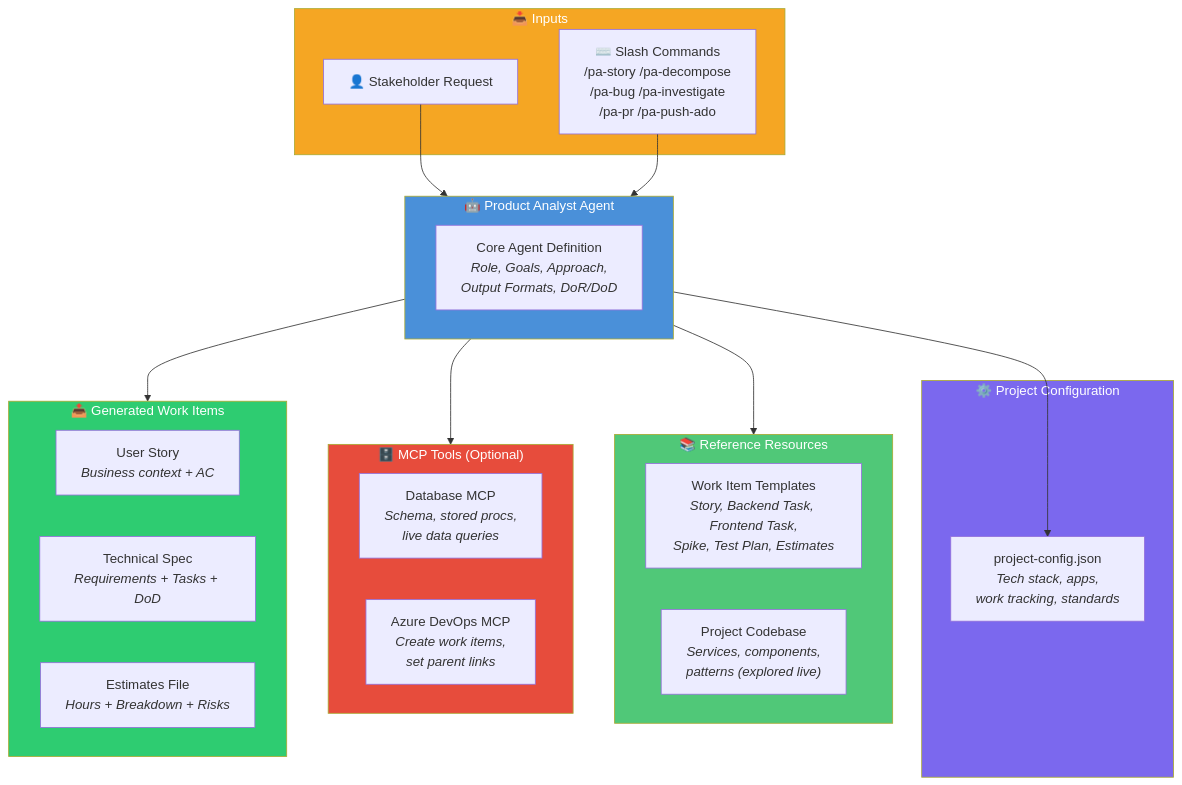
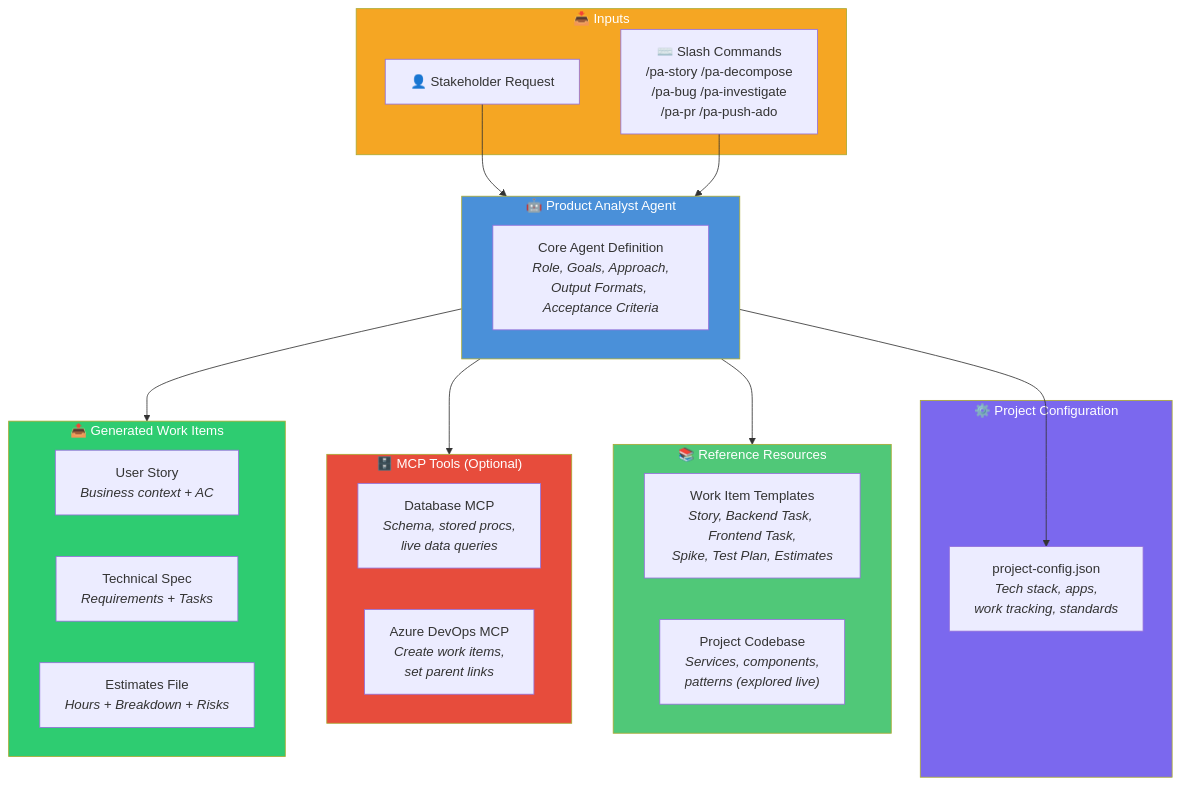
Before and after one commit to dnewton-brocksolutions/copilot-product-analyst: the first of 6 diagrams in documentation/PA-AGENT-DIAGRAMS.md, drawn with Mermaid. The commit also changed other lines of this file and 10 other files, not shown here.

````diff
--- a/documentation/PA-AGENT-DIAGRAMS.md
+++ b/documentation/PA-AGENT-DIAGRAMS.md
@@ -11,45 +11,45 @@
 ```mermaid
 graph TB
     subgraph Agent["🤖 Product Analyst Agent"]
-        Core["Core Agent Definition<br/><i>Role, Goals, Approach,<br/>Output Formats, DoR/DoD</i>"]
+        Core["Core Agent Definition<br/><i>Role, Goals, Approach,<br/>Output Formats, Acceptance Criteria</i>"]
     end
 
     subgraph Inputs["📥 Inputs"]
         Stakeholder["👤 Stakeholder Request"]
         Commands["⌨️ Slash Commands<br/>/pa-story /pa-decompose<br/>/pa-bug /pa-investigate<br/>/pa-pr /pa-push-ado"]
     end
 
     subgraph Config["⚙️ Project Configuration"]
         ProjConfig["project-config.json<br/><i>Tech stack, apps,<br/>work tracking, standards</i>"]
     end
 
     subgraph Resources["📚 Reference Resources"]
         Templates["Work Item Templates<br/><i>Story, Backend Task, Frontend Task,<br/>Spike, Test Plan, Estimates</i>"]
         Codebase["Project Codebase<br/><i>Services, components,<br/>patterns (explored live)</i>"]
     end
 
     subgraph DB["🗄️ MCP Tools (Optional)"]
         DBAccess["Database MCP<br/><i>Schema, stored procs,<br/>live data queries</i>"]
         ADOAccess["Azure DevOps MCP<br/><i>Create work items,<br/>set parent links</i>"]
     end
 
     subgraph Outputs["📤 Generated Work Items"]
         Story["User Story<br/><i>Business context + AC</i>"]
-        Technical["Technical Spec<br/><i>Requirements + Tasks + DoD</i>"]
+        Technical["Technical Spec<br/><i>Requirements + Tasks</i>"]
         Estimates["Estimates File<br/><i>Hours + Breakdown + Risks</i>"]
     end
 
     Stakeholder --> Agent
     Commands --> Agent
     Agent --> ProjConfig
     Agent --> Resources
     Agent --> DB
     Agent --> Outputs
 
     style Agent fill:#4A90D9,color:#fff
     style Inputs fill:#F5A623,color:#fff
     style Config fill:#7B68EE,color:#fff
     style Resources fill:#50C878,color:#fff
     style DB fill:#E74C3C,color:#fff
     style Outputs fill:#2ECC71,color:#fff
 ```
````
